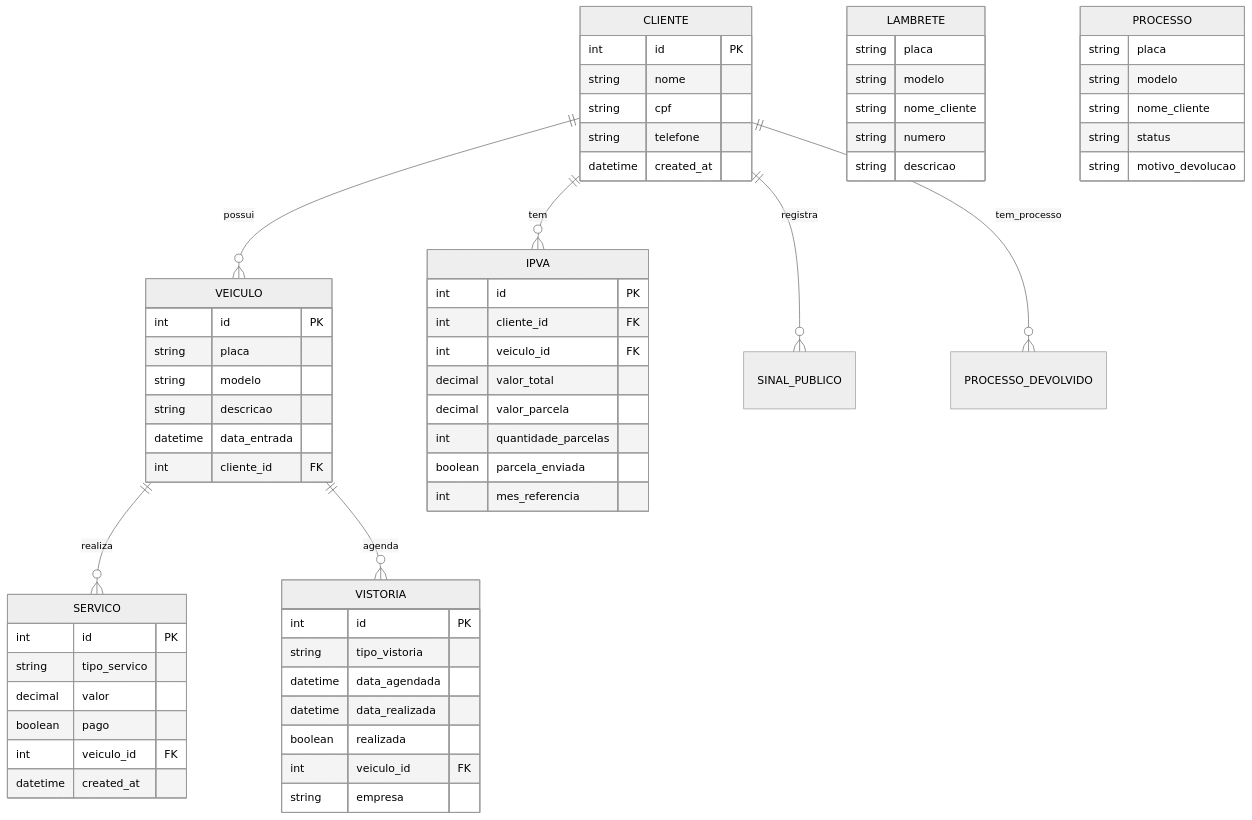
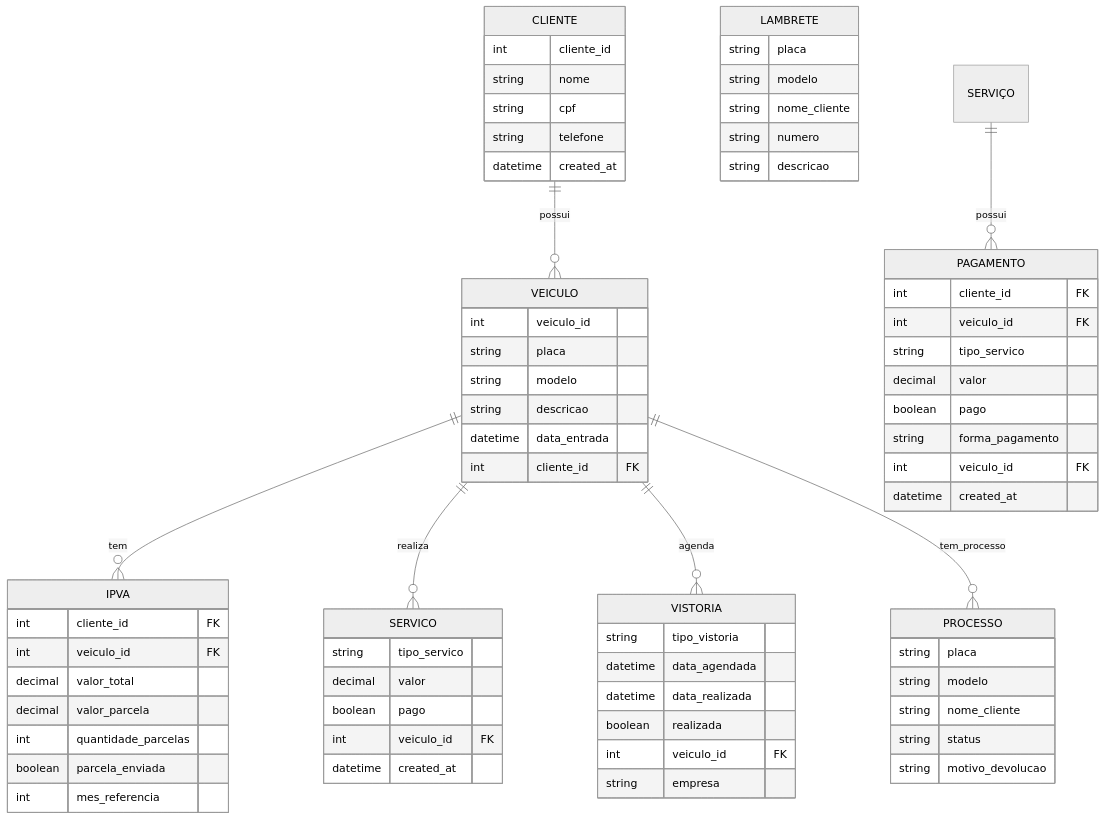
One commit to Annanicacio/Sistema-de-Gerenciamento changed the diagram in README.md. Above: the diagram before and after it, drawn with Mermaid (neutral theme).

````diff
--- a/README.md
+++ b/README.md
@@ -81,7 +81,7 @@
 ```mermaid
 erDiagram
     CLIENTE {
-        int id PK
+        int cliente_id
         string nome
         string cpf 
         string telefone
@@ -89,7 +89,7 @@
     }
 
     VEICULO {
-        int id PK
+        int veiculo_id
         string placa
         string modelo
         string descricao
@@ -98,7 +98,7 @@
     }
 
     SERVICO {
-        int id PK
+        
         string tipo_servico
         decimal valor
         boolean pago
@@ -106,8 +106,19 @@
         datetime created_at
     }
 
+   PAGAMENTO {
+        int cliente_id FK
+        int veiculo_id FK
+        string tipo_servico
+        decimal valor
+        boolean pago
+        string forma_pagamento
+        int veiculo_id FK
+        datetime created_at
+    }
+
     VISTORIA {
-        int id PK
+        
         string tipo_vistoria
         datetime data_agendada
         datetime data_realizada
@@ -117,7 +128,7 @@
     }
 
     IPVA {
-        int id PK
+        
         int cliente_id FK
         int veiculo_id FK
         decimal valor_total
@@ -147,9 +158,9 @@
     }
 
     CLIENTE ||--o{ VEICULO : possui
-    CLIENTE ||--o{ IPVA : tem
+    VEICULO ||--o{ IPVA : tem
     VEICULO ||--o{ SERVICO : realiza
+    SERVIÇO ||--o{ PAGAMENTO : possui
     VEICULO ||--o{ VISTORIA : agenda
-    CLIENTE ||--o{ SINAL_PUBLICO : registra
-    CLIENTE ||--o{ PROCESSO_DEVOLVIDO : tem_processo
+    VEICULO ||--o{ PROCESSO : tem_processo
 ```
````
